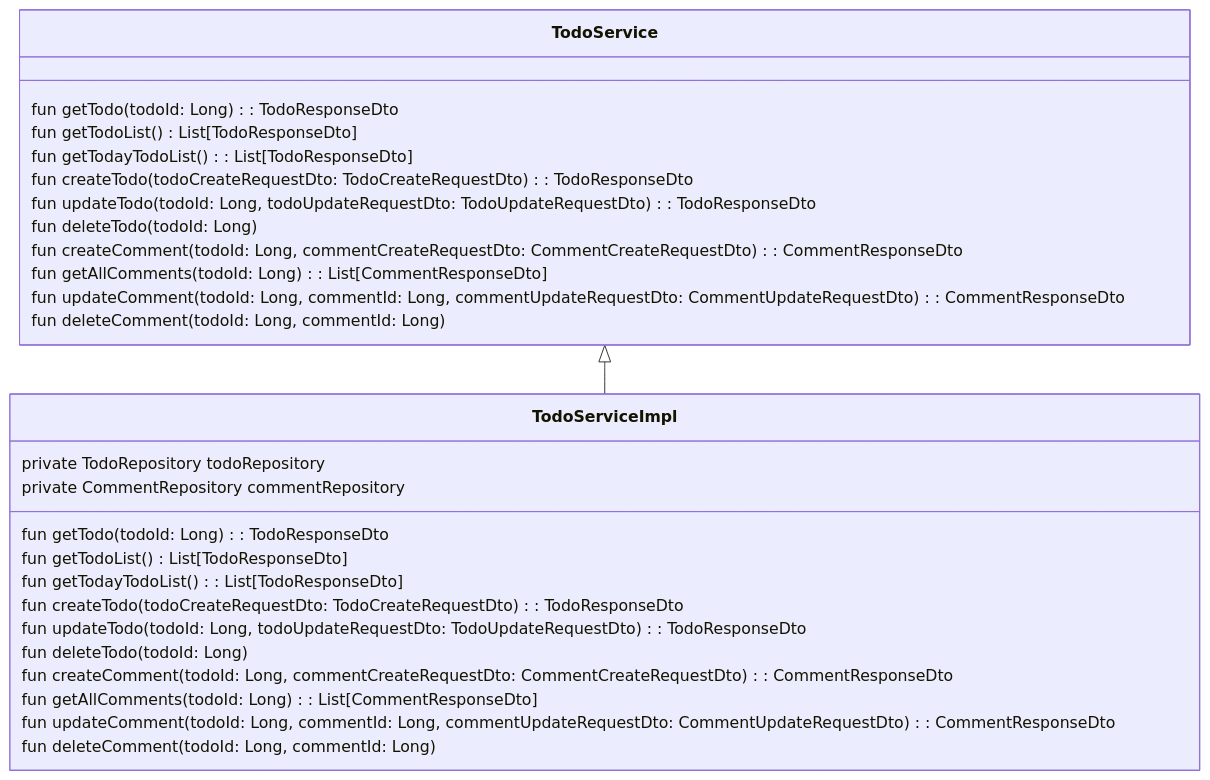
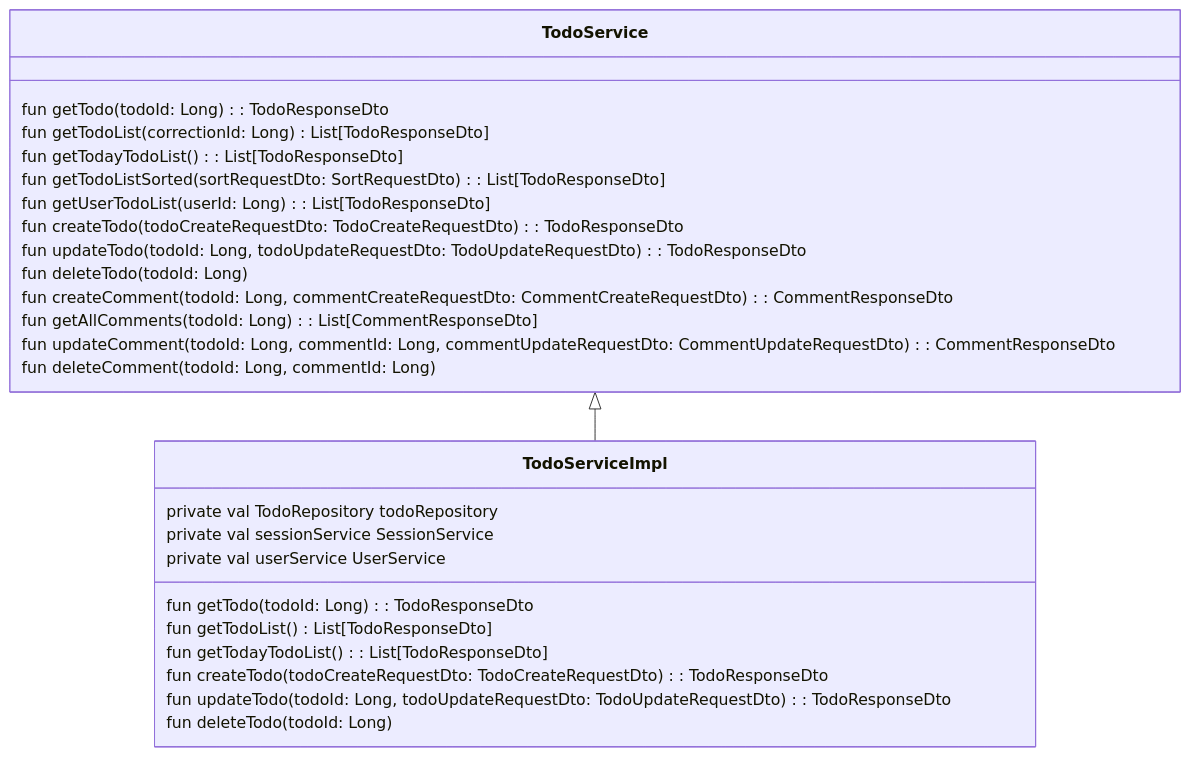
Before and after one commit to Ppajingae/HW_todo: the third of 8 diagrams in README.md, drawn with Mermaid. The commit also changed other lines of this file and 1 other file, not shown here.

````diff
--- a/README.md
+++ b/README.md
@@ -213,52 +208,52 @@
 ```mermaid
 classDiagram
 
 TodoService <|-- TodoServiceImpl
 
 class TodoService{
     fun getTodo(todoId: Long): TodoResponseDto
 
-    fun getTodoList()List[TodoResponseDto]
+    fun getTodoList(correctionId: Long) List[TodoResponseDto]
 
     fun getTodayTodoList(): List[TodoResponseDto]
+
+    fun getTodoListSorted(sortRequestDto: SortRequestDto): List[TodoResponseDto]
+
+    fun getUserTodoList(userId: Long): List[TodoResponseDto]
 
     fun createTodo(todoCreateRequestDto: TodoCreateRequestDto): TodoResponseDto
 
     fun updateTodo(todoId: Long, todoUpdateRequestDto: TodoUpdateRequestDto): TodoResponseDto
 
     fun deleteTodo(todoId: Long)
 
     fun createComment(todoId: Long, commentCreateRequestDto: CommentCreateRequestDto): CommentResponseDto
 
     fun getAllComments(todoId: Long): List[CommentResponseDto]
 
     fun updateComment(todoId: Long, commentId: Long, commentUpdateRequestDto: CommentUpdateRequestDto): CommentResponseDto
 
     fun deleteComment(todoId: Long, commentId: Long)
 }
 
 class TodoServiceImpl{
-    private TodoRepository todoRepository
-    private CommentRepository commentRepository
+    private val TodoRepository todoRepository
+    private val sessionService SessionService
+    private val userService UserService
 
     fun getTodo(todoId: Long): TodoResponseDto
 
     fun getTodoList()List[TodoResponseDto]
 
     fun getTodayTodoList(): List[TodoResponseDto]
 
     fun createTodo(todoCreateRequestDto: TodoCreateRequestDto): TodoResponseDto
 
     fun updateTodo(todoId: Long, todoUpdateRequestDto: TodoUpdateRequestDto): TodoResponseDto
 
     fun deleteTodo(todoId: Long)
 
-    fun createComment(todoId: Long, commentCreateRequestDto: CommentCreateRequestDto): CommentResponseDto
+    
+}
 
-    fun getAllComments(todoId: Long): List[CommentResponseDto]
-
-    fun updateComment(todoId: Long, commentId: Long, commentUpdateRequestDto: CommentUpdateRequestDto): CommentResponseDto
-
-    fun deleteComment(todoId: Long, commentId: Long)
-}
 ```
````
